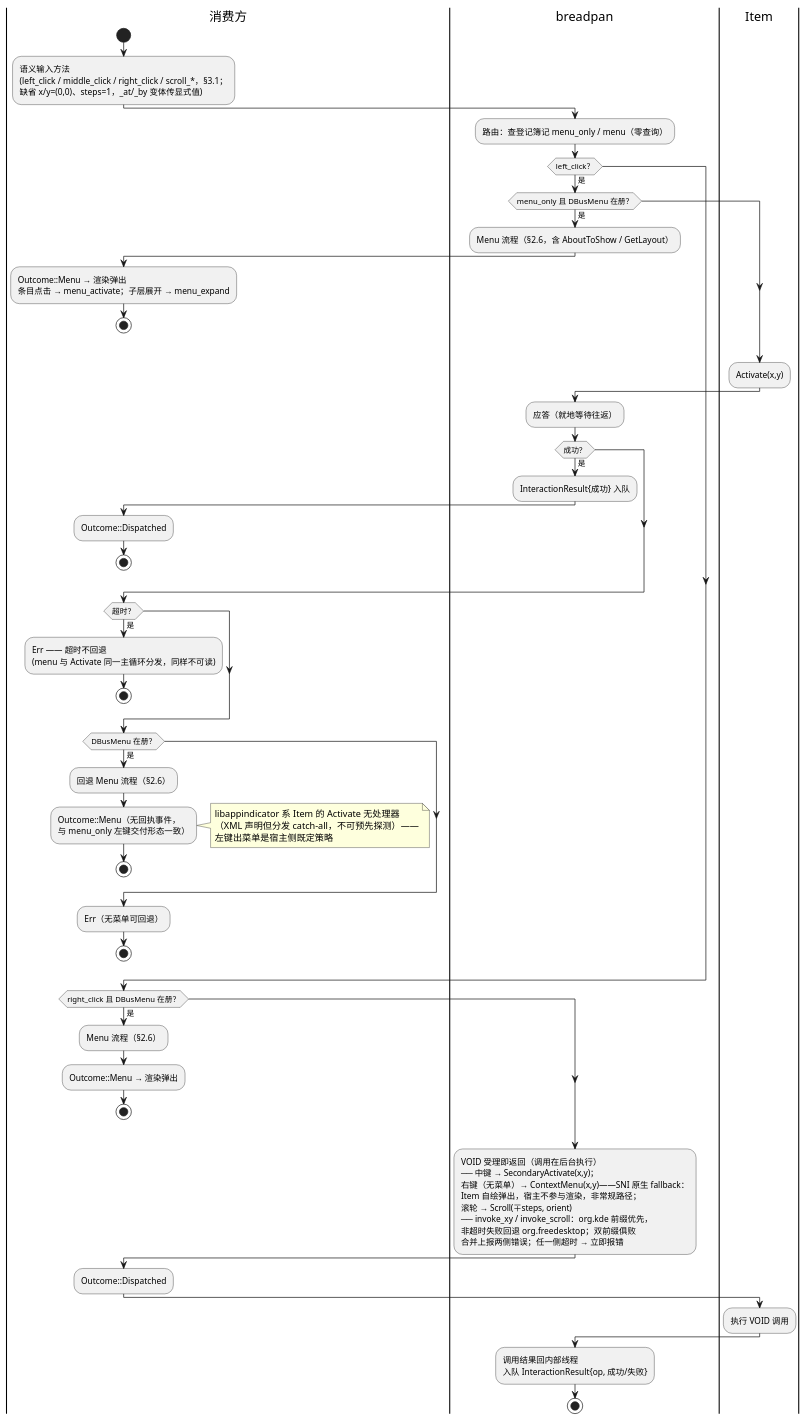
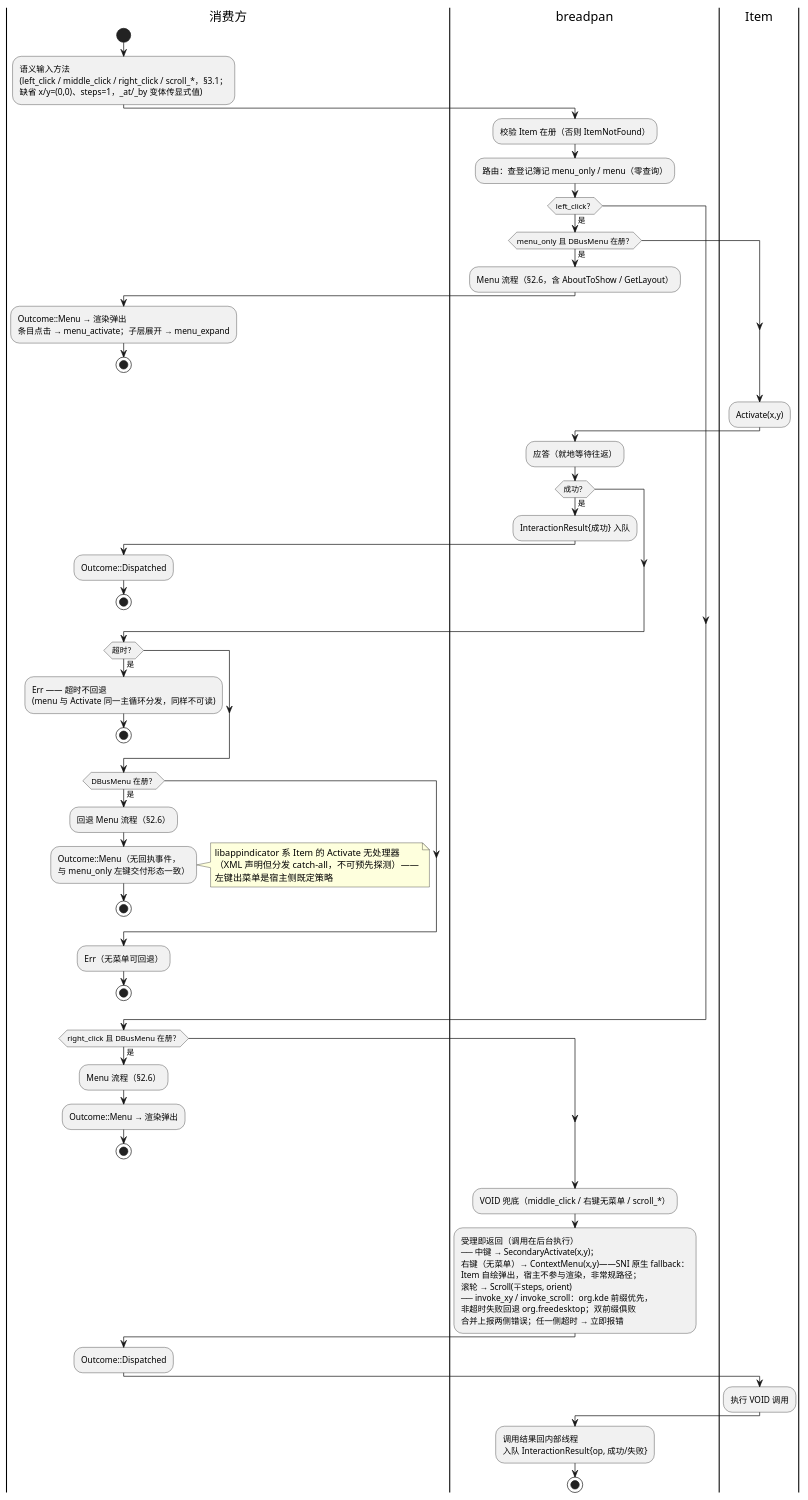
Before and after one commit to 54m43lJ/BreadKnife: the diagram in diagram/breadpan-input-routing.puml, drawn with PlantUML. The commit also changed 1 other file, not shown here.

Commit message:
docs(diagram): §2.7 活动图源码核对修正
- 补 route() 首句'校验 Item 在册（否则 ItemNotFound）'
- VOID 块拆出专属着陆节点'VOID 兜底（middle_click / 右键无菜单 /
  scroll_*）'——middle/scroll 经两次否贯穿边进入该块，原先折叠在
  标签文字里不可见
- 逐分支与 interact.rs::route 对照：left_click 同步链（menu_only
  短路/Activate 成功回执/超时 Err/非超时有菜单回退/无菜单 Err）、
  right_click 菜单命中、VOID 兜底均与实现一致

```diff
--- a/diagram/breadpan-input-routing.puml
+++ b/diagram/breadpan-input-routing.puml
@@ -1,72 +1,74 @@
 @startuml breadpan-input-routing
 |消费方|
 start
 :语义输入方法
 (left_click / middle_click / right_click / scroll_*，§3.1；
 缺省 x/y=(0,0)、steps=1，_at/_by 变体传显式值);
 |breadpan|
+:校验 Item 在册（否则 ItemNotFound）;
 :路由：查登记簿记 menu_only / menu（零查询）;
 if (left_click？) then (是)
   if (menu_only 且 DBusMenu 在册？) then (是)
     :Menu 流程（§2.6，含 AboutToShow / GetLayout）;
     |消费方|
     :Outcome::Menu → 渲染弹出
     条目点击 → menu_activate；子层展开 → menu_expand;
     stop
   endif
   |Item|
   :Activate(x,y);
   |breadpan|
   :应答（就地等待往返）;
   if (成功？) then (是)
     :InteractionResult{成功} 入队;
     |消费方|
     :Outcome::Dispatched;
     stop
   endif
   if (超时？) then (是)
     |消费方|
     :Err —— 超时不回退
     (menu 与 Activate 同一主循环分发，同样不可读);
     stop
   endif
   if (DBusMenu 在册？) then (是)
     :回退 Menu 流程（§2.6）;
     |消费方|
     :Outcome::Menu（无回执事件，
     与 menu_only 左键交付形态一致）;
     note right
       libappindicator 系 Item 的 Activate 无处理器
       （XML 声明但分发 catch-all，不可预先探测）——
       左键出菜单是宿主侧既定策略
     end note
     stop
   endif
   |消费方|
   :Err（无菜单可回退）;
   stop
 endif
 if (right_click 且 DBusMenu 在册？) then (是)
   :Menu 流程（§2.6）;
   |消费方|
   :Outcome::Menu → 渲染弹出;
   stop
 endif
 |breadpan|
-:VOID 受理即返回（调用在后台执行）
+:VOID 兜底（middle_click / 右键无菜单 / scroll_*）;
+:受理即返回（调用在后台执行）
 ── 中键 → SecondaryActivate(x,y)；
 右键（无菜单）→ ContextMenu(x,y)——SNI 原生 fallback：
 Item 自绘弹出，宿主不参与渲染，非常规路径；
 滚轮 → Scroll(∓steps, orient)
 ── invoke_xy / invoke_scroll：org.kde 前缀优先，
 非超时失败回退 org.freedesktop；双前缀俱败
 合并上报两侧错误；任一侧超时 → 立即报错;
 |消费方|
 :Outcome::Dispatched;
 |Item|
 :执行 VOID 调用;
 |breadpan|
 :调用结果回内部线程
 入队 InteractionResult{op, 成功/失败};
 stop
 @enduml
```
